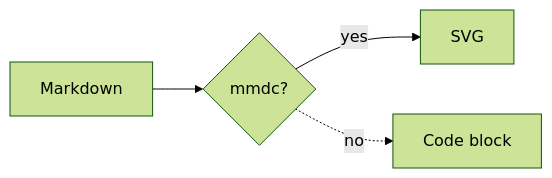
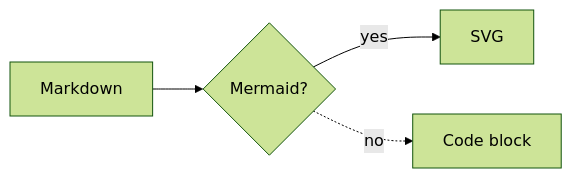
Before and after one commit to kjvdven/uitdraai: the first of 2 diagrams in tests/fixtures/kitchen-sink.md, drawn with Mermaid (forest theme). The commit also changed other lines of this file and 5 other files, not shown here.

````diff
--- a/tests/fixtures/kitchen-sink.md
+++ b/tests/fixtures/kitchen-sink.md
@@ -162,6 +162,6 @@
 ```mermaid
 flowchart LR
-    Markdown --> Render{mmdc?}
-    Render -- yes --> SVG
-    Render -. no .-> Code[Code block]
+    Markdown --> Parse{Mermaid?}
+    Parse -- yes --> SVG
+    Parse -. no .-> Code[Code block]
 ```
````
